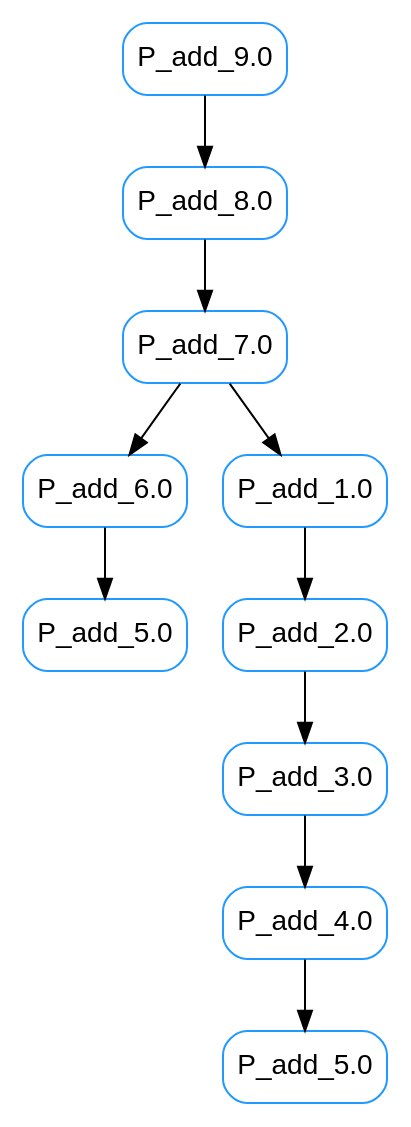
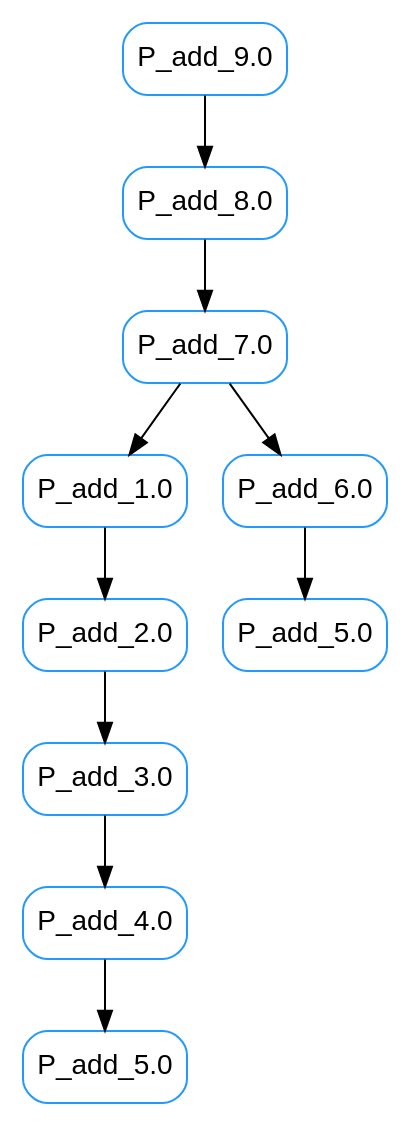
The diagram in workspace/run_2.gv (Strangemother/python-hyperway), drawn with Graphviz before and after one commit. The commit also changed 14 other files, not shown here.

```diff
--- a/workspace/run_2.gv
+++ b/workspace/run_2.gv
@@ -1,26 +1,26 @@
 digraph run_2 {
 	graph [rankdir=TB]
 	node [arrowsize=0.8 color="#2299FF" fontcolor="#DDD" fontname=Arial shape=box style=rounded]
-	139581092402896 [label="P_add_2.0"]
-	139581092402944 [label="P_add_3.0"]
-	139581092402992 [label="P_add_4.0"]
-	139581092402416 [label="P_add_7.0"]
-	139581092402464 [label="P_add_6.0"]
-	139581092402512 [label="P_add_5.0"]
-	139581092402368 [label="P_add_8.0"]
-	139581092402320 [label="P_add_9.0"]
-	139581092403040 [label="P_add_5.0"]
-	139581092402848 [label="P_add_1.0"]
-	139581092402944 -> 139581092402992
-	139581092402320 -> 139581092402368
-	139581092402848 -> 139581092402896
-	139581092402416 -> 139581092402848
-	139581092402368 -> 139581092402416
-	139581092402416 -> 139581092402464
-	139581092402992 -> 139581092403040
-	139581092402896 -> 139581092402944
-	139581092402464 -> 139581092402512
+	128109871881952 [label="P_add_4.0"]
+	128109871881424 [label="P_add_9.0"]
+	128109871881472 [label="P_add_8.0"]
+	128109871881904 [label="P_add_3.0"]
+	128109871881808 [label="P_add_1.0"]
+	128109871882000 [label="P_add_5.0"]
+	128109871881520 [label="P_add_7.0"]
+	128109871881616 [label="P_add_5.0"]
+	128109871881568 [label="P_add_6.0"]
+	128109871881856 [label="P_add_2.0"]
+	128109871881520 -> 128109871881808
+	128109871881952 -> 128109871882000
+	128109871881568 -> 128109871881616
+	128109871881808 -> 128109871881856
+	128109871881856 -> 128109871881904
+	128109871881472 -> 128109871881520
+	128109871881904 -> 128109871881952
+	128109871881424 -> 128109871881472
+	128109871881520 -> 128109871881568
 	overlap=false
 	fontsize=12
 	bgcolor="#00000000"
 }
```
